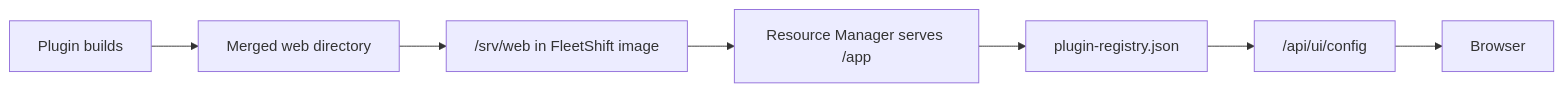
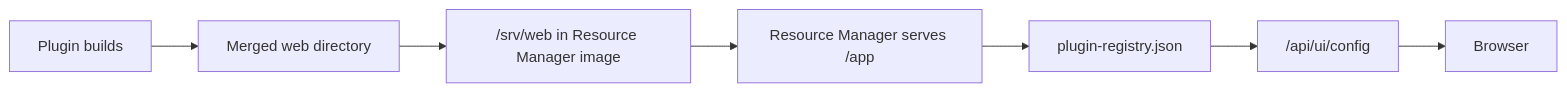
The first of 4 diagrams in docs/design/client-asset-separation.md (fleetshift/fleetshift-poc), drawn with Mermaid before and after one commit. The commit also changed other lines of this file and 1079 other files, not shown here.

Commit message:
Rename experimental OCM resource manager source and runtime identities

````diff
--- a/docs/design/client-asset-separation.md
+++ b/docs/design/client-asset-separation.md
@@ -34,9 +34,9 @@
 ```mermaid
 flowchart LR
     Build[Plugin builds] --> Merge[Merged web directory]
-    Merge --> Image["/srv/web in FleetShift image"]
+    Merge --> Image["/srv/web in Resource Manager image"]
     Image --> RM["Resource Manager serves /app"]
     RM --> Registry["plugin-registry.json"]
     Registry --> Config["/api/ui/config"]
     Config --> Browser[Browser]
 ```
````
